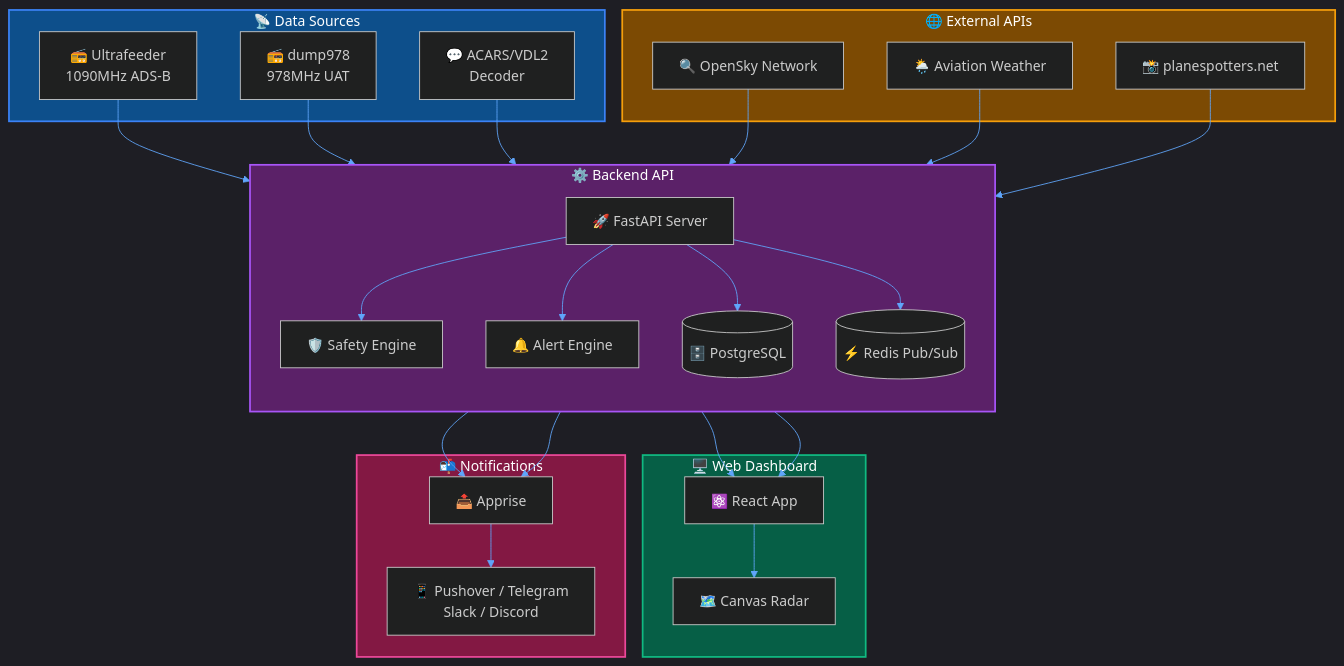
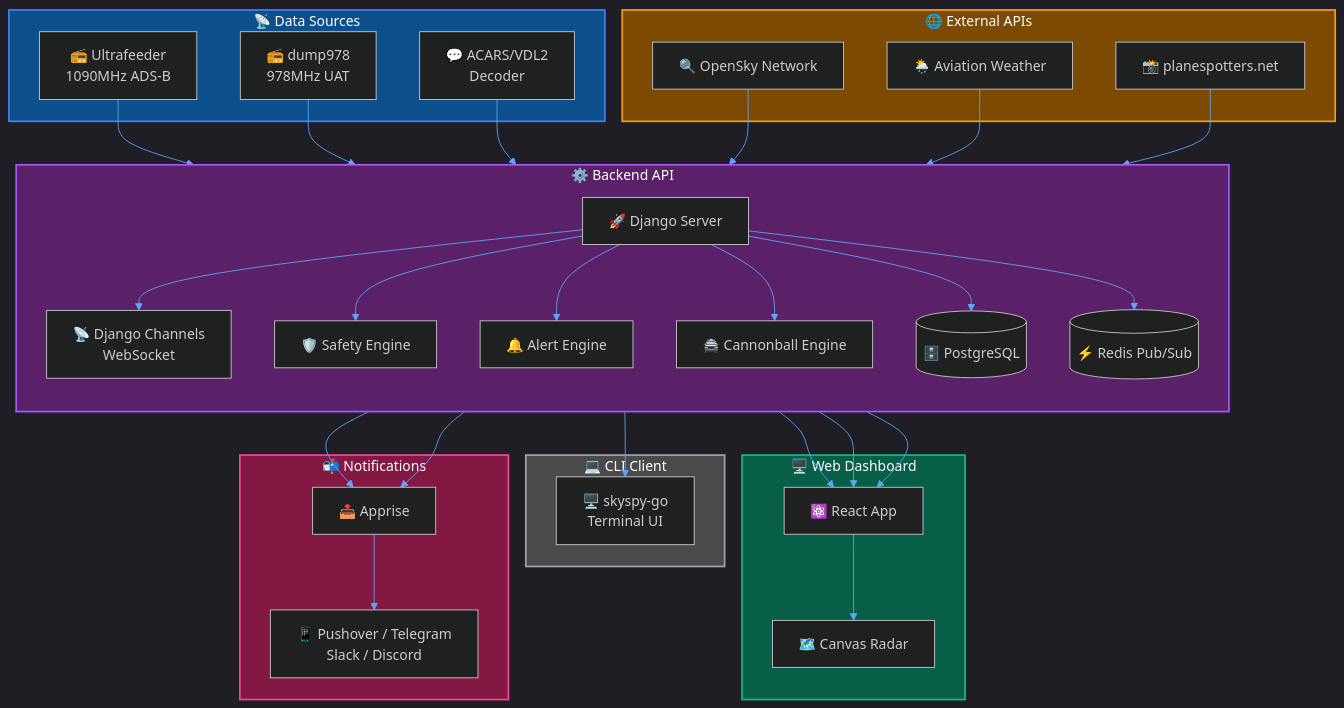
The first of 2 diagrams in docs/Getting Started/overview.md (CHA0S-CORP/SkySpyDocs), drawn with Mermaid before and after one commit. The commit also changed other lines of this file and 94 other files, not shown here.

````diff
--- a/docs/Getting Started/overview.md
+++ b/docs/Getting Started/overview.md
@@ -39,60 +26,71 @@
 ```mermaid
 %%{init: {'theme': 'dark', 'themeVariables': { 'primaryColor': '#1e3a5f', 'primaryTextColor': '#fff', 'primaryBorderColor': '#3b82f6', 'lineColor': '#60a5fa', 'secondaryColor': '#1e3a5f', 'tertiaryColor': '#1e3a5f'}}}%%
 flowchart TB
     subgraph Receivers["📡 Data Sources"]
         UF["📻 Ultrafeeder<br/>1090MHz ADS-B"]
         D978["📻 dump978<br/>978MHz UAT"]
         ACARS["💬 ACARS/VDL2<br/>Decoder"]
     end
 
     subgraph External["🌐 External APIs"]
         OSN["🔍 OpenSky Network"]
         AWC["🌦️ Aviation Weather"]
         PS["📸 planespotters.net"]
     end
 
     subgraph Backend["⚙️ Backend API"]
         direction TB
-        API["🚀 FastAPI Server"]
+        API["🚀 Django Server"]
+        CHANNELS["📡 Django Channels<br/>WebSocket"]
         SAFETY["🛡️ Safety Engine"]
         ALERTS["🔔 Alert Engine"]
+        CANNONBALL["🚔 Cannonball Engine"]
         DB[("🗄️ PostgreSQL")]
         REDIS[("⚡ Redis Pub/Sub")]
+    end
+
+    subgraph CLI["💻 CLI Client"]
+        SKYSPYGO["🖥️ skyspy-go<br/>Terminal UI"]
     end
 
     subgraph Frontend["🖥️ Web Dashboard"]
         REACT["⚛️ React App"]
         MAP["🗺️ Canvas Radar"]
     end
 
     subgraph Notifications["📬 Notifications"]
         APPRISE["📤 Apprise"]
         PUSH["📱 Pushover / Telegram<br/>Slack / Discord"]
     end
 
     UF --> API
     D978 --> API
     ACARS --> API
     OSN --> API
     AWC --> API
     PS --> API
 
+    API --> CHANNELS
     API --> SAFETY
     API --> ALERTS
+    API --> CANNONBALL
     API --> DB
     API --> REDIS
 
+    CHANNELS --> REACT
+    CHANNELS --> SKYSPYGO
     REDIS --> REACT
     API --> REACT
     REACT --> MAP
 
     ALERTS --> APPRISE
     SAFETY --> APPRISE
     APPRISE --> PUSH
 
     style Receivers fill:#0d4f8b,stroke:#3b82f6,stroke-width:2px,color:#fff
     style External fill:#7c4a03,stroke:#f59e0b,stroke-width:2px,color:#fff
     style Backend fill:#5b2168,stroke:#a855f7,stroke-width:2px,color:#fff
     style Frontend fill:#065f46,stroke:#10b981,stroke-width:2px,color:#fff
+    style CLI fill:#4a4a4a,stroke:#9ca3af,stroke-width:2px,color:#fff
     style Notifications fill:#831843,stroke:#ec4899,stroke-width:2px,color:#fff
 ```
````
